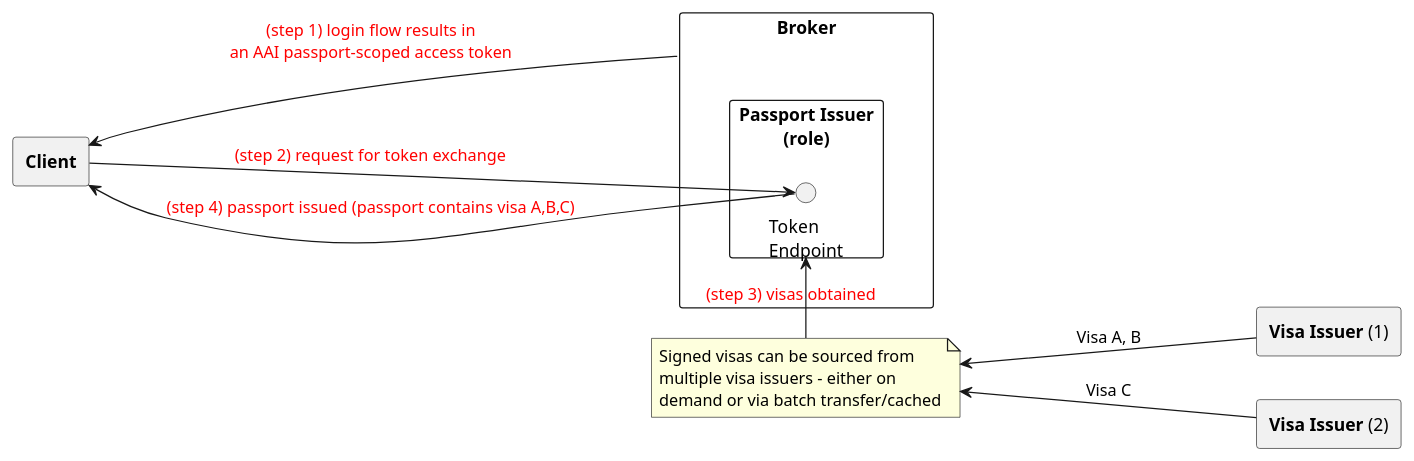
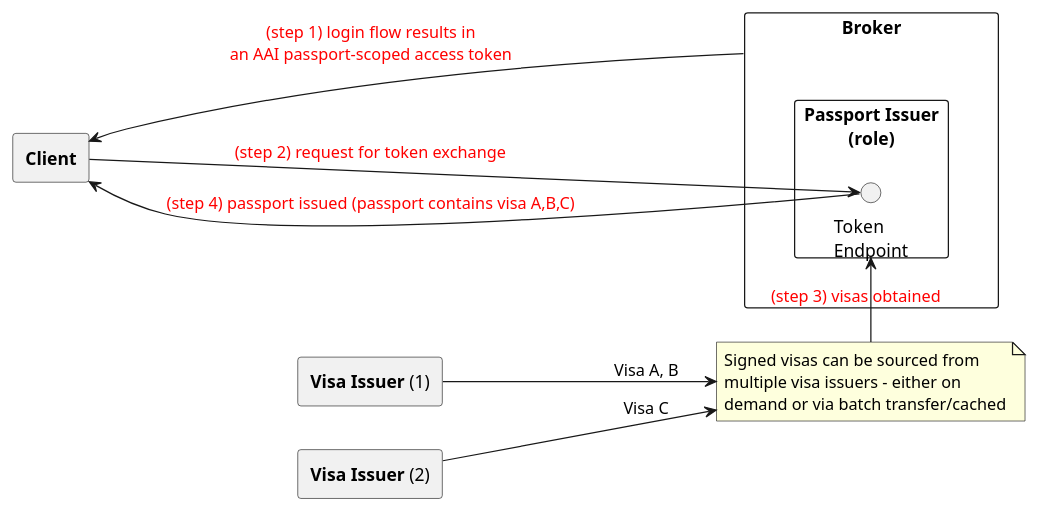
One commit to ga4gh/data-security changed the second of 2 diagrams in AAI/AAIConnectProfile.md. Above: the diagram before and after it, drawn with PlantUML. The commit also changed other lines of this file, not shown here.

```diff
--- a/AAI/AAIConnectProfile.md
+++ b/AAI/AAIConnectProfile.md
@@ -462,26 +496,26 @@
 @startuml
 skinparam componentStyle rectangle
 left to right direction
 
 component "<b>Client</b>" as Client
 
 component "<b>Broker</b>" as Broker {
 component "<b>Passport Issuer</b>\n(role)" as PassportIssuer {
 interface "Token\nEndpoint" as TokenEndpoint
 }
 }
 
 component "<b>Visa Issuer</b> (1)" as VisaIssuer1
 component "<b>Visa Issuer</b> (2)" as VisaIssuer2
 
 note "Signed visas can be sourced from\nmultiple visa issuers - either on\ndemand or via batch transfer/cached" as VisaNote
 
-VisaIssuer1 --up--> VisaNote : Visa A, B
-VisaIssuer2 --up--> VisaNote : Visa C
+VisaIssuer1 --> VisaNote : Visa A, B
+VisaIssuer2 --> VisaNote : Visa C
 
 Client <-- Broker #text:red : (step 1) login flow results in\nan AAI passport-scoped access token
 Client ---> TokenEndpoint #text:red : (step 2) request for token exchange
 VisaNote ---right---> PassportIssuer #text:red : (step 3) visas obtained
 Client <-- TokenEndpoint  #text:red : (step 4) passport issued (passport contains visa A,B,C)
 
 @enduml    
```
